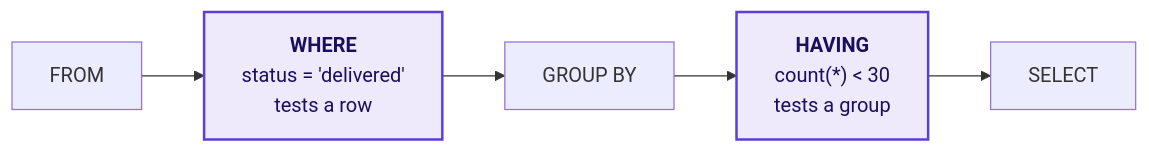
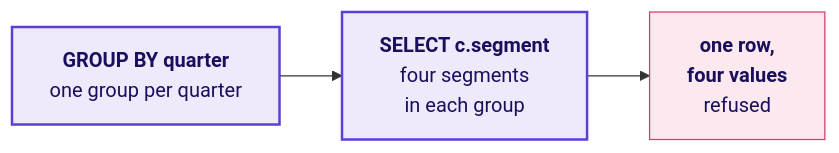
One commit to fde-academy-lab/c2-content-factory changed diagram 14 of 22 in content/W02/D1/slides/C2_W02_D01_half1_STUDENT.md. Above: the diagram before and after it, drawn with Mermaid. The commit also changed other lines of this file and 3 other files, not shown here.

````diff
--- a/content/W02/D1/slides/C2_W02_D01_half1_STUDENT.md
+++ b/content/W02/D1/slides/C2_W02_D01_half1_STUDENT.md
@@ -668,6 +907,9 @@
 ```mermaid
 flowchart LR
-    F["FROM"] --> W["<b>WHERE</b><br/>status = 'delivered'<br/>tests a row"] --> G["GROUP BY"] --> H["<b>HAVING</b><br/>count(*) < 30<br/>tests a group"] --> S["SELECT"]
+    G["<b>GROUP BY quarter</b><br/>one group per quarter"] --> S["<b>SELECT c.segment</b><br/>four segments<br/>in each group"]
+    S --> E["<b>one row,<br/>four values</b><br/>refused"]
     classDef known fill:#EEEAFB,stroke:#5B3FD6,color:#1A0F5C,stroke-width:2px
-    class W,H known
+    classDef bad fill:#FBE9EF,stroke:#D63A6A,color:#1A0F5C
+    class G,S known
+    class E bad
 ```
````
